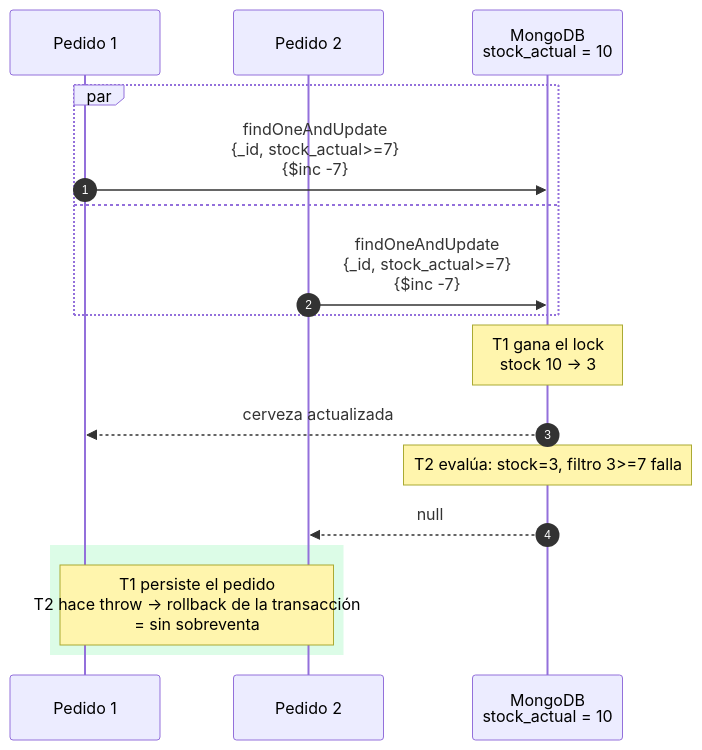
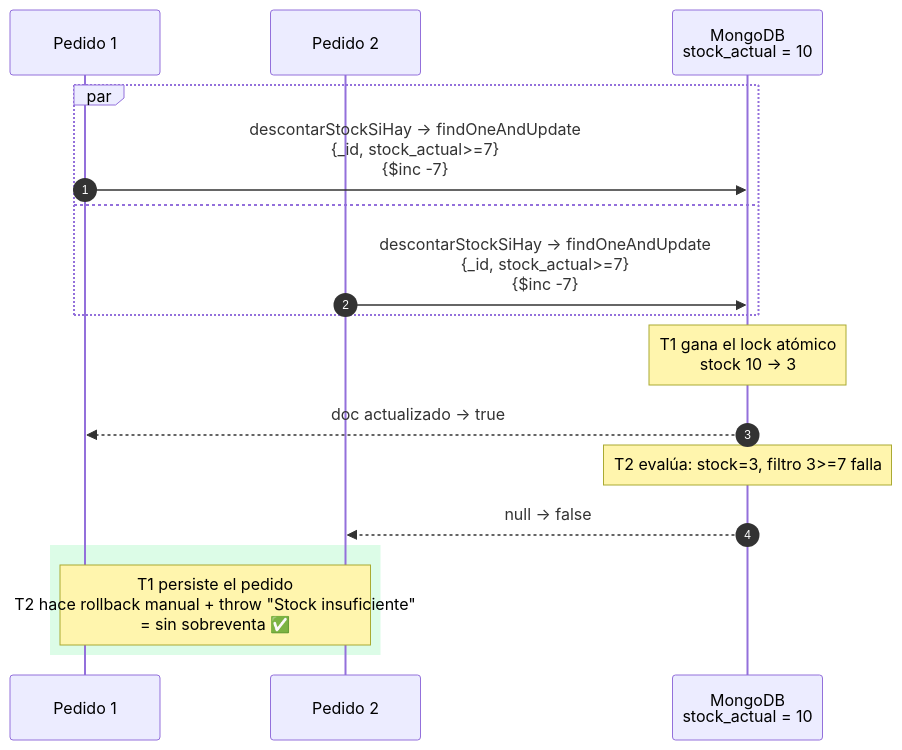
Before and after one commit to nicolasgonzalez98/tpGrupoFrontBack: the seventh of 7 diagrams in docs/architecture/MODULE_PEDIDO_SERVICE_DIAGRAMS.md, drawn with Mermaid. The commit also changed other lines of this file and 7 other files, not shown here.

````diff
--- a/docs/architecture/MODULE_PEDIDO_SERVICE_DIAGRAMS.md
+++ b/docs/architecture/MODULE_PEDIDO_SERVICE_DIAGRAMS.md
@@ -319,23 +354,23 @@
 ```mermaid
 sequenceDiagram
     autonumber
     participant T1 as Pedido 1
     participant T2 as Pedido 2
     participant DB as MongoDB<br/>stock_actual = 10
 
     par
-        T1->>DB: findOneAndUpdate<br/>{_id, stock_actual>=7}<br/>{$inc -7}
+        T1->>DB: descontarStockSiHay → findOneAndUpdate<br/>{_id, stock_actual>=7}<br/>{$inc -7}
     and
-        T2->>DB: findOneAndUpdate<br/>{_id, stock_actual>=7}<br/>{$inc -7}
+        T2->>DB: descontarStockSiHay → findOneAndUpdate<br/>{_id, stock_actual>=7}<br/>{$inc -7}
     end
 
-    Note over DB: T1 gana el lock<br/>stock 10 → 3
-    DB-->>T1: cerveza actualizada
+    Note over DB: T1 gana el lock atómico<br/>stock 10 → 3
+    DB-->>T1: doc actualizado → true
 
     Note over DB: T2 evalúa: stock=3, filtro 3>=7 falla
-    DB-->>T2: null
+    DB-->>T2: null → false
 
     rect rgb(220, 252, 231)
-    Note over T1,T2: T1 persiste el pedido<br/>T2 hace throw → rollback de la transacción<br/>= sin sobreventa
+    Note over T1,T2: T1 persiste el pedido<br/>T2 hace rollback manual + throw "Stock insuficiente"<br/>= sin sobreventa ✅
     end
 ```
````
